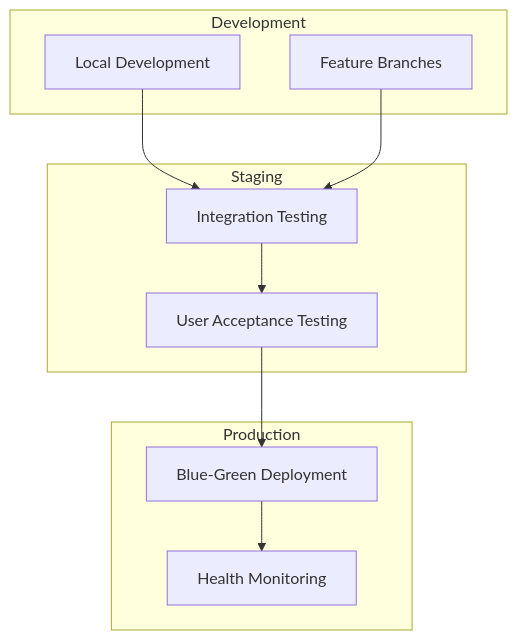
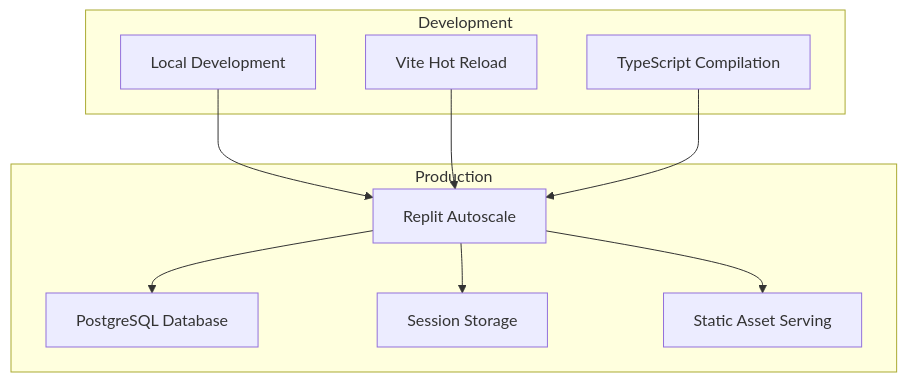
The eighth of 9 diagrams in docs/architecture/System_Architecture_Overview.md (catalinviciu/ProductCanvas), drawn with Mermaid before and after one commit. The commit also changed other lines of this file, not shown here.

First line of the commit message:
Assistant checkpoint: Updated architecture overview with Impact Tree specifics

````diff
--- a/docs/architecture/System_Architecture_Overview.md
+++ b/docs/architecture/System_Architecture_Overview.md
@@ -216,23 +288,22 @@
 ```mermaid
 graph TB
     subgraph "Development"
         D1[Local Development]
-        D2[Feature Branches]
-    end
-    
-    subgraph "Staging"
-        S1[Integration Testing]
-        S2[User Acceptance Testing]
+        D2[Vite Hot Reload]
+        D3[TypeScript Compilation]
     end
     
     subgraph "Production"
-        P1[Blue-Green Deployment]
-        P2[Health Monitoring]
+        P1[Replit Autoscale]
+        P2[PostgreSQL Database]
+        P3[Session Storage]
+        P4[Static Asset Serving]
     end
     
-    D1 --> S1
-    D2 --> S1
-    S1 --> S2
-    S2 --> P1
+    D1 --> P1
+    D2 --> P1
+    D3 --> P1
     P1 --> P2
+    P1 --> P3
+    P1 --> P4
 ```
````
